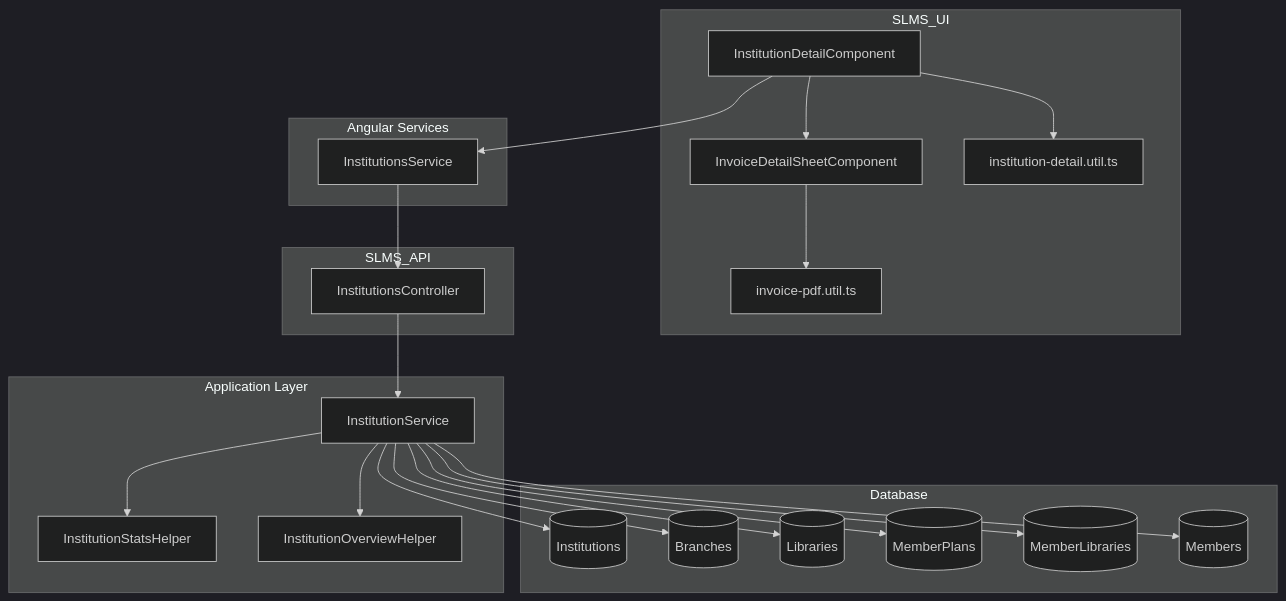
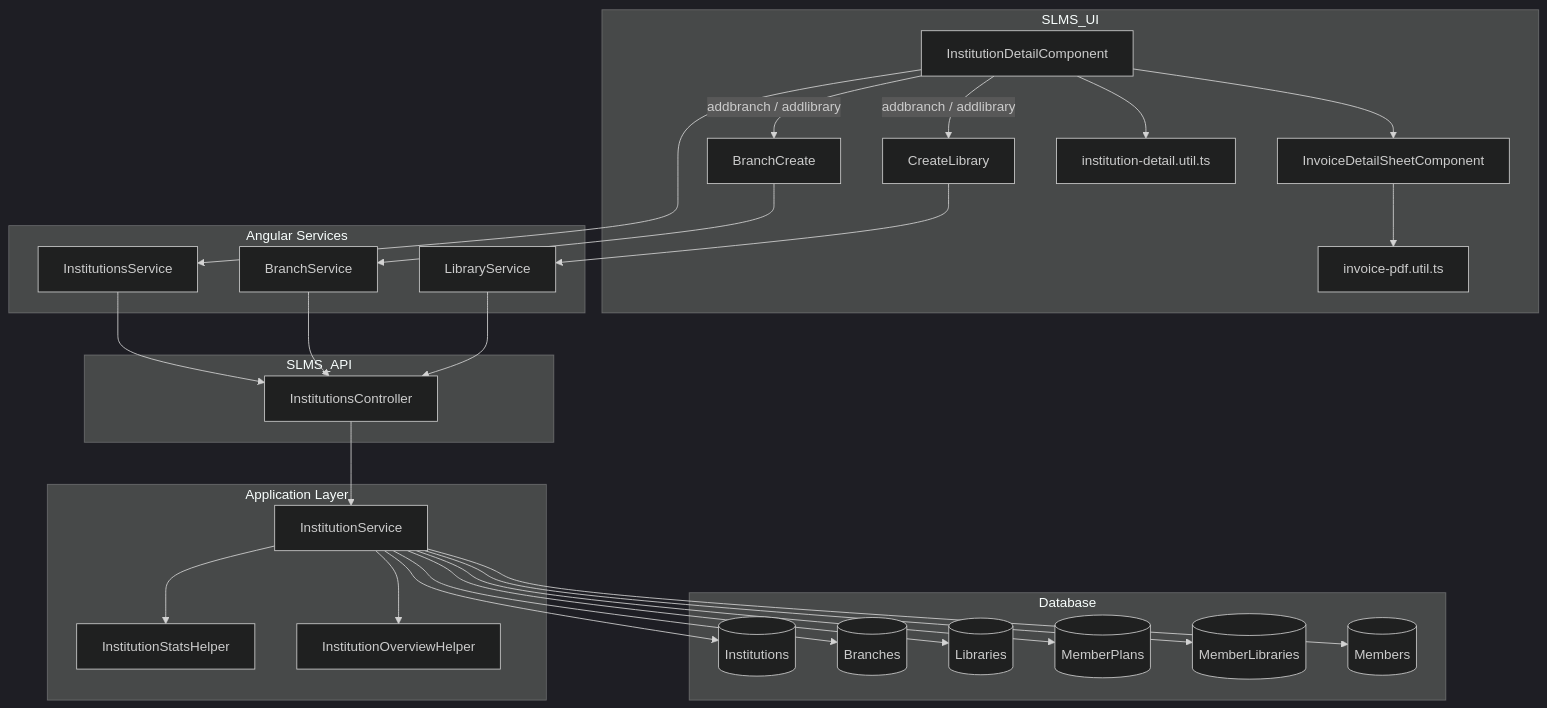
Before and after one commit to ermanjeetsingh777/Lexora: the fourth of 4 diagrams in docs/workflow/institution-detail-workflow.md, drawn with Mermaid (dark theme). The commit also changed other lines of this file and 3 other files, not shown here.

````diff
--- a/docs/workflow/institution-detail-workflow.md
+++ b/docs/workflow/institution-detail-workflow.md
@@ -295,40 +343,49 @@
 ```mermaid
 flowchart TB
   subgraph UI["SLMS_UI"]
     ID[InstitutionDetailComponent]
+    BC[BranchCreate]
+    CL[CreateLibrary]
     IDS[InvoiceDetailSheetComponent]
     UTIL[institution-detail.util.ts]
     PDF[invoice-pdf.util.ts]
   end
 
   subgraph AngularServices["Angular Services"]
     IS[InstitutionsService]
+    BS[BranchService]
+    LS[LibraryService]
   end
 
   subgraph API["SLMS_API"]
     IC[InstitutionsController]
   end
 
   subgraph Backend["Application Layer"]
     InstSvc[InstitutionService]
     Stats[InstitutionStatsHelper]
     Overview[InstitutionOverviewHelper]
   end
 
   subgraph DB["Database"]
     I[(Institutions)]
     B[(Branches)]
     L[(Libraries)]
     MP[(MemberPlans)]
     ML[(MemberLibraries)]
     M[(Members)]
   end
 
   ID --> IS & UTIL
+  ID -->|addbranch / addlibrary| BC & CL
+  BC --> BS
+  CL --> LS
   ID --> IDS
   IDS --> PDF
   IS --> IC
+  BS --> IC
+  LS --> IC
   IC --> InstSvc
   InstSvc --> Stats & Overview
   InstSvc --> I & B & L & MP & ML & M
 ```
````
